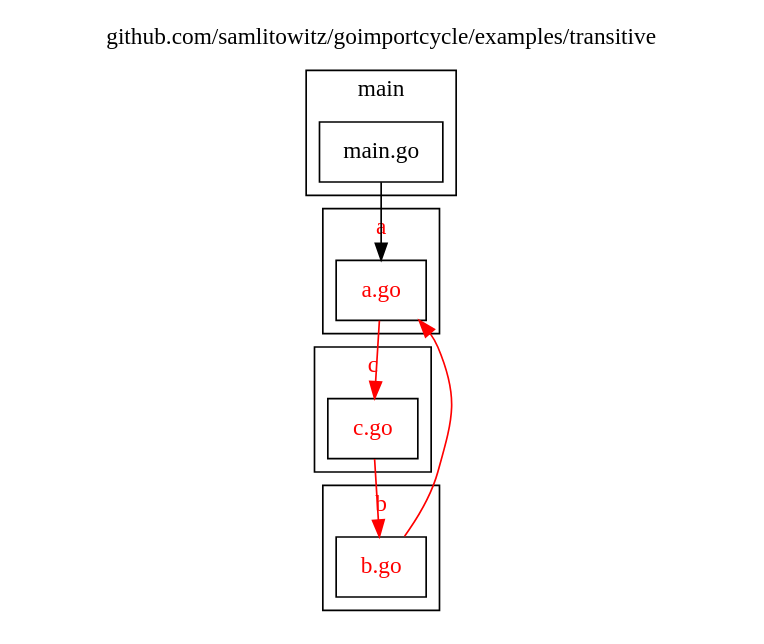
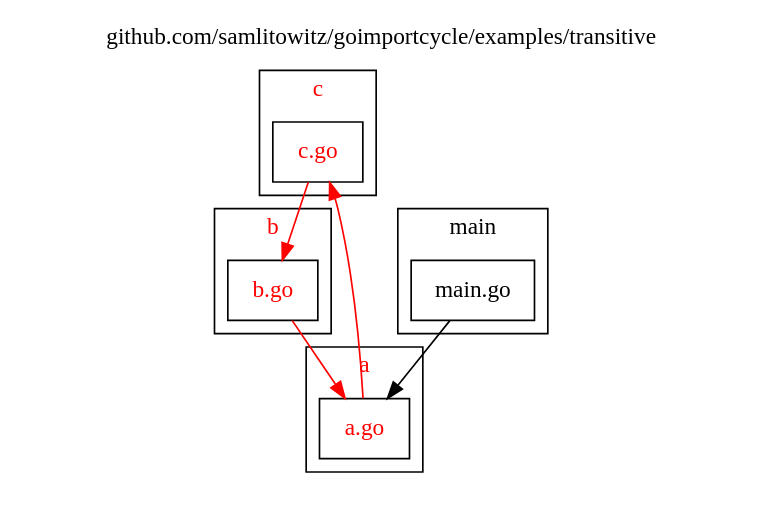
Before and after one commit to samlitowitz/goimportcycle: the diagram in assets/examples/transitive/file.dot, drawn with Graphviz. The commit also changed other lines of this file and 13 other files, not shown here.

```diff
--- a/assets/examples/transitive/file.dot
+++ b/assets/examples/transitive/file.dot
@@ -1,48 +1,48 @@
 
 digraph {
 	labelloc="t";
 	label="github.com/samlitowitz/goimportcycle/examples/transitive";
 	rankdir="TB";
 	node [shape="rect"];
+
+	subgraph cluster_pkg_c {
+		label="c";
+		style="filled";
+		fontcolor="#ff0000";
+		fillcolor="#ffffff";
+
+		pkg_c_file_c [label="c.go", style="filled", fontcolor="#ff0000", fillcolor="#ffffff"];
+	};
+
+	subgraph cluster_pkg_b {
+		label="b";
+		style="filled";
+		fontcolor="#ff0000";
+		fillcolor="#ffffff";
+
+		pkg_b_file_b [label="b.go", style="filled", fontcolor="#ff0000", fillcolor="#ffffff"];
+	};
 
 	subgraph cluster_pkg_main {
 		label="main";
 		style="filled";
 		fontcolor="#000000";
 		fillcolor="#ffffff";
 
 		pkg_main_file_main [label="main.go", style="filled", fontcolor="#000000", fillcolor="#ffffff"];
 	};
 
 	subgraph cluster_pkg_a {
 		label="a";
 		style="filled";
 		fontcolor="#ff0000";
 		fillcolor="#ffffff";
 
 		pkg_a_file_a [label="a.go", style="filled", fontcolor="#ff0000", fillcolor="#ffffff"];
 	};
 
-	subgraph cluster_pkg_c {
-		label="c";
-		style="filled";
-		fontcolor="#ff0000";
-		fillcolor="#ffffff";
-
-		pkg_c_file_c [label="c.go", style="filled", fontcolor="#ff0000", fillcolor="#ffffff"];
-	};
-
-	subgraph cluster_pkg_b {
-		label="b";
-		style="filled";
-		fontcolor="#ff0000";
-		fillcolor="#ffffff";
-
-		pkg_b_file_b [label="b.go", style="filled", fontcolor="#ff0000", fillcolor="#ffffff"];
-	};
-
+	pkg_c_file_c -> pkg_b_file_b [color="#ff0000"];
+	pkg_b_file_b -> pkg_a_file_a [color="#ff0000"];
 	pkg_main_file_main -> pkg_a_file_a [color="#000000"];
 	pkg_a_file_a -> pkg_c_file_c [color="#ff0000"];
-	pkg_c_file_c -> pkg_b_file_b [color="#ff0000"];
-	pkg_b_file_b -> pkg_a_file_a [color="#ff0000"];
 }
```
